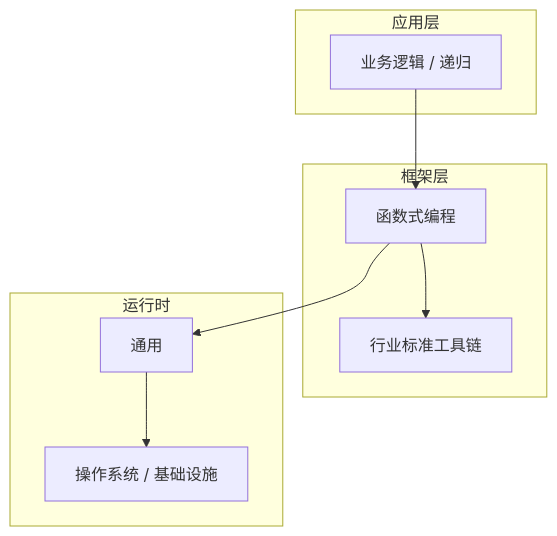
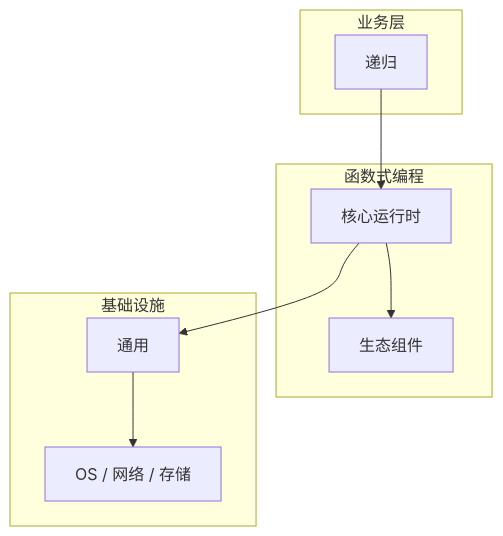
The diagram in articles/函数式编程/chapters/066-递归核心概念与原理.md (yanggan2015/knowledge-json-v2), drawn with Mermaid before and after one commit. The commit also changed other lines of this file and 10127 other files, not shown here.

````diff
--- a/articles/函数式编程/chapters/066-递归核心概念与原理.md
+++ b/articles/函数式编程/chapters/066-递归核心概念与原理.md
@@ -45,18 +34,18 @@
 ```mermaid
 graph TB
-    subgraph 应用层
-        A[业务逻辑 / 递归]
+    subgraph 业务层
+        A[递归]
     end
-    subgraph 框架层
-        B[函数式编程]
-        C[行业标准工具链]
+    subgraph 函数式编程
+        B[核心运行时]
+        C[生态组件]
     end
-    subgraph 运行时
+    subgraph 基础设施
         D[通用]
-        E[操作系统 / 基础设施]
+        E[OS / 网络 / 存储]
     end
     A --> B
     B --> C
     B --> D
     D --> E
 ```
````
